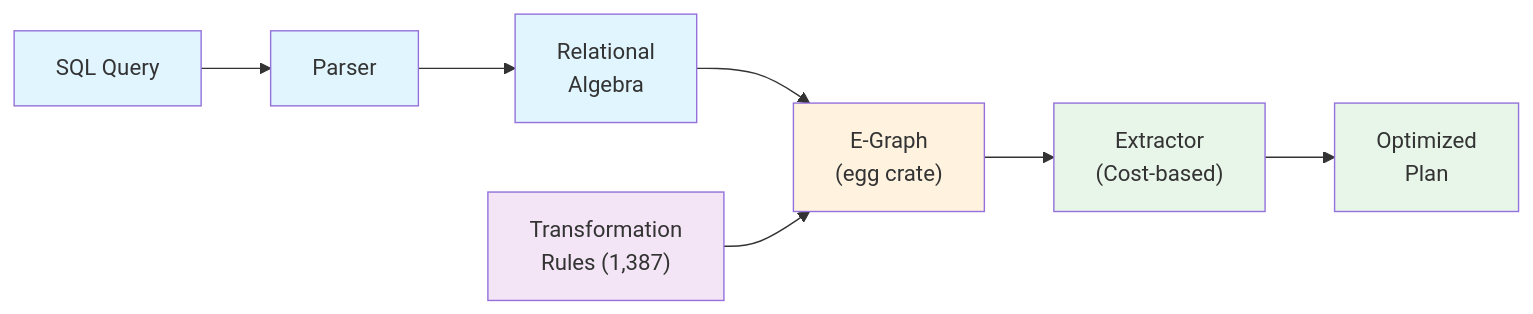
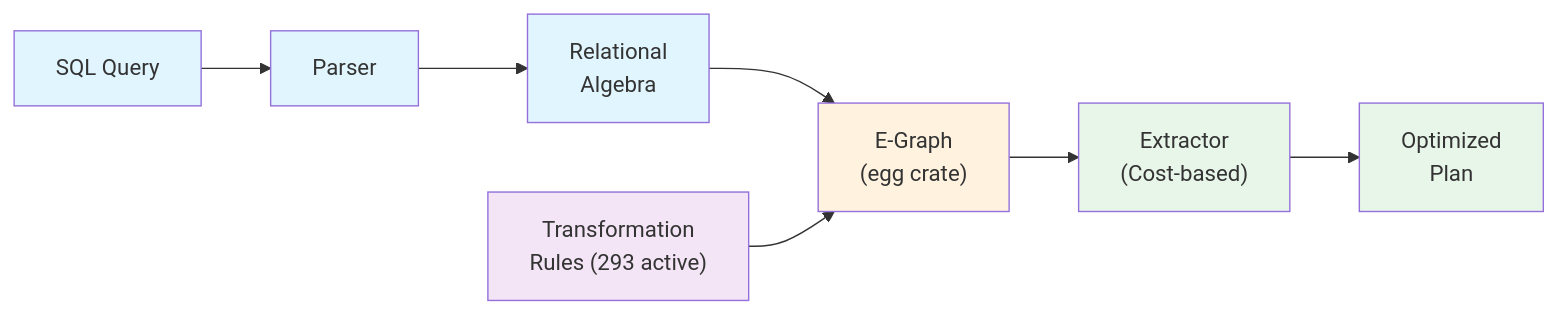
One commit to gburd/ra changed the diagram in docs/readme.md. Above: the diagram before and after it, drawn with Mermaid. The commit also changed other lines of this file and 478 other files, not shown here.

````diff
--- a/docs/readme.md
+++ b/docs/readme.md
@@ -133,17 +139,17 @@
 ```mermaid
 graph LR
     SQL["SQL Query"] --> Parser["Parser"]
     Parser --> RA["Relational<br/>Algebra"]
     RA --> EGraph["E-Graph<br/>(egg crate)"]
-    Rules["Transformation<br/>Rules (1,387)"] --> EGraph
+    Rules["Transformation<br/>Rules (293 active)"] --> EGraph
     EGraph --> Extractor["Extractor<br/>(Cost-based)"]
     Extractor --> Plan["Optimized<br/>Plan"]
 
     style SQL fill:#e1f5fe
     style Parser fill:#e1f5fe
     style RA fill:#e1f5fe
     style EGraph fill:#fff3e0
     style Rules fill:#f3e5f5
     style Extractor fill:#e8f5e9
     style Plan fill:#e8f5e9
 ```
````
